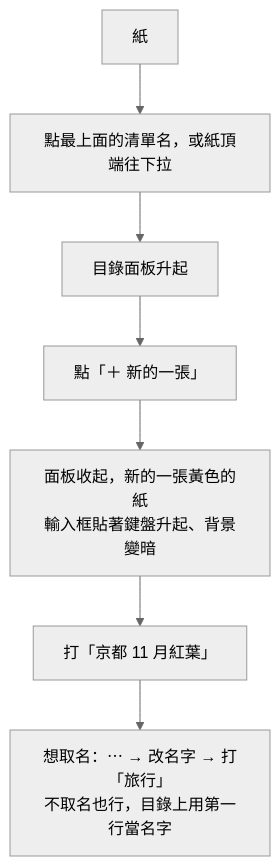
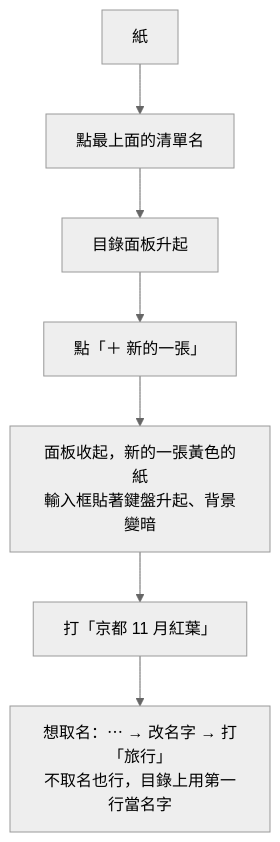
Before and after one commit to domyweb666/qieji-app: the second of 7 diagrams in .uiux/02-流程-暫定.md, drawn with Mermaid (neutral theme). The commit also changed other lines of this file and 7 other files, not shown here.

````diff
--- a/.uiux/02-流程-暫定.md
+++ b/.uiux/02-流程-暫定.md
@@ -57,9 +57,9 @@
 ```mermaid
 flowchart TD
-  A[紙] --> B[點最上面的清單名，或紙頂端往下拉]
+  A[紙] --> B[點最上面的清單名]
   B --> C[目錄面板升起]
   C --> D[點「＋ 新的一張」]
   D --> E[面板收起，新的一張黃色的紙<br>輸入框貼著鍵盤升起、背景變暗]
   E --> F[打「京都 11 月紅葉」]
   F --> G[想取名：⋯ → 改名字 → 打「旅行」<br>不取名也行，目錄上用第一行當名字]
 ```
````
